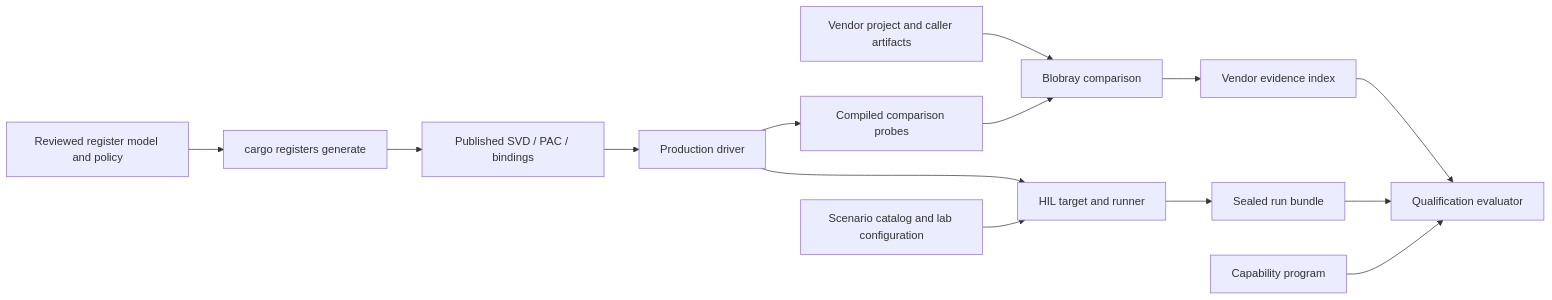
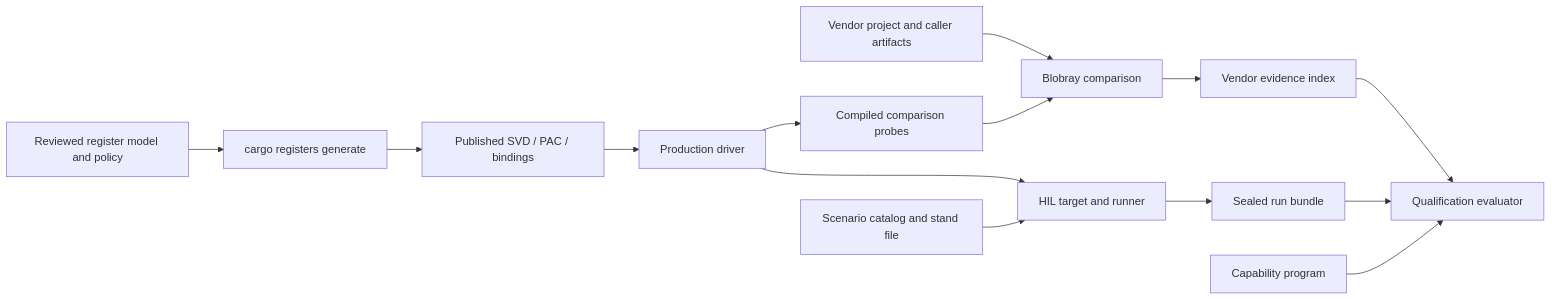
One commit to ermacv/open-esp-radio-rs changed the second of 2 diagrams in docs/architecture.md. Above: the diagram before and after it, drawn with Mermaid. The commit also changed 52 other files, not shown here.

````diff
--- a/docs/architecture.md
+++ b/docs/architecture.md
@@ -371,16 +371,16 @@
 ```mermaid
 flowchart LR
     R[Reviewed register model and policy] --> P[cargo registers generate]
     P --> G[Published SVD / PAC / bindings]
     G --> D[Production driver]
     D --> C[Compiled comparison probes]
     V[Vendor project and caller artifacts] --> B[Blobray comparison]
     C --> B
     D --> H[HIL target and runner]
-    S[Scenario catalog and lab configuration] --> H
+    S[Scenario catalog and stand file] --> H
     B --> I[Vendor evidence index]
     H --> U[Sealed run bundle]
     I --> Q[Qualification evaluator]
     U --> Q
     K[Capability program] --> Q
 ```
````
